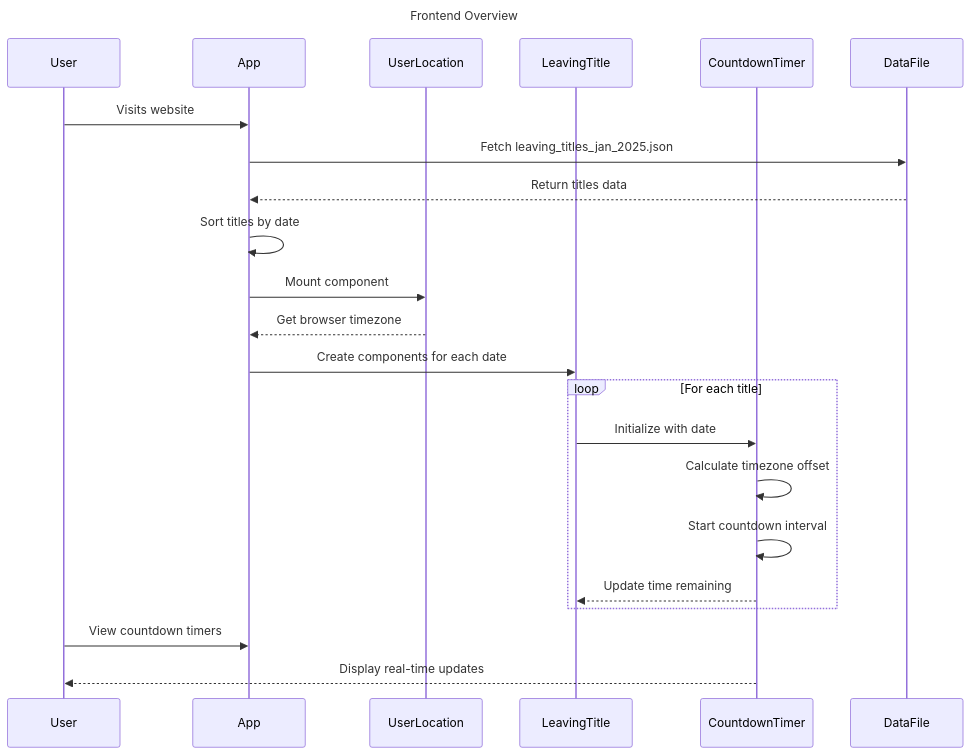
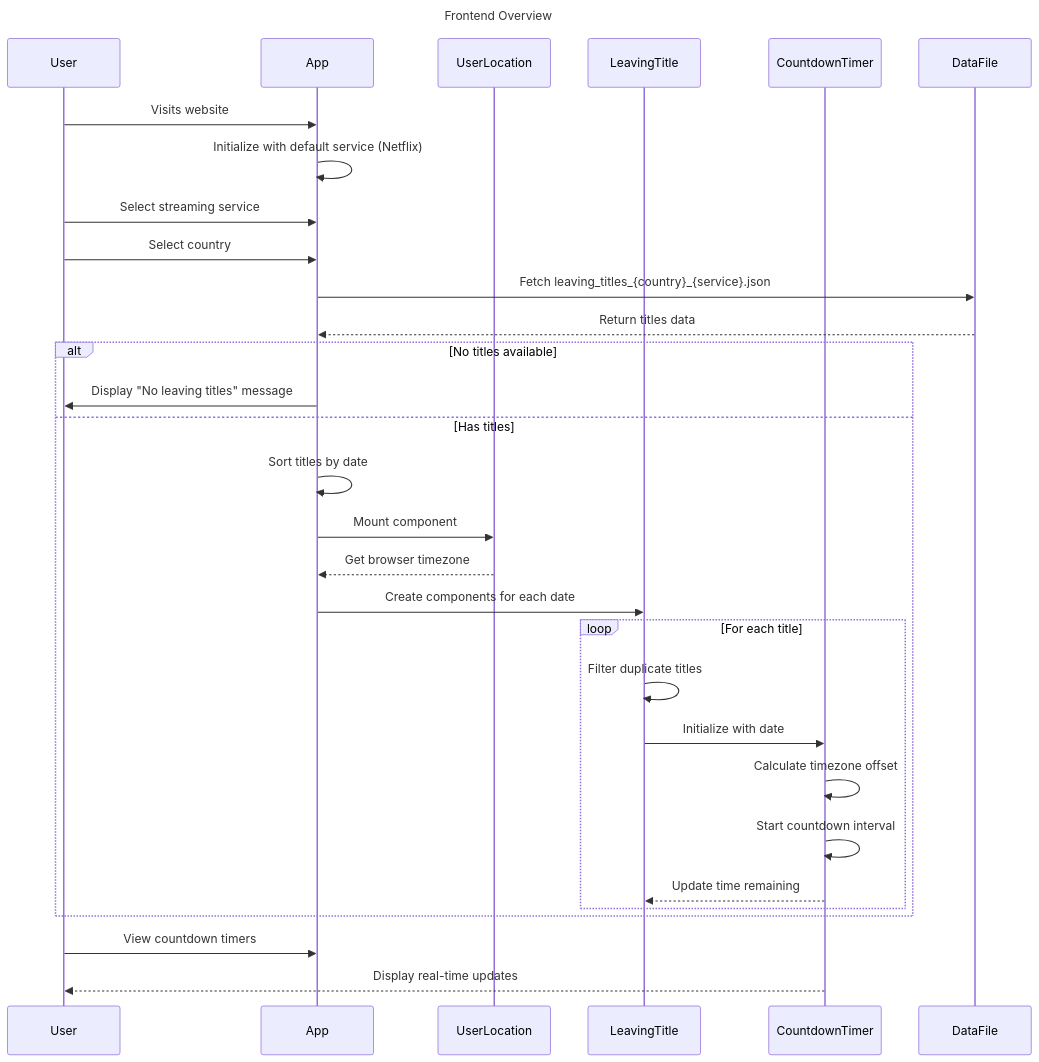
One commit to sakan811/show-leaving-soon-tracker-website changed the diagram in docs/mermaid-charts/frontend-overview.mmd. Above: the diagram before and after it, drawn with Mermaid. The commit also changed 3 other files, not shown here.

```diff
--- a/docs/mermaid-charts/frontend-overview.mmd
+++ b/docs/mermaid-charts/frontend-overview.mmd
@@ -1,32 +1,42 @@
 ---
 title: Frontend Overview
 ---
 sequenceDiagram
     participant User
     participant App
     participant UserLocation
     participant LeavingTitle
     participant CountdownTimer
     participant DataFile
 
     User->>App: Visits website
     
-    App->>DataFile: Fetch leaving_titles_jan_2025.json
+    App->>App: Initialize with default service (Netflix)
+    
+    User->>App: Select streaming service
+    User->>App: Select country
+    
+    App->>DataFile: Fetch leaving_titles_{country}_{service}.json
     DataFile-->>App: Return titles data
     
-    App->>App: Sort titles by date
-    
-    App->>UserLocation: Mount component
-    UserLocation-->>App: Get browser timezone
-    
-    App->>LeavingTitle: Create components for each date
-    
-    loop For each title
-        LeavingTitle->>CountdownTimer: Initialize with date
-        CountdownTimer->>CountdownTimer: Calculate timezone offset
-        CountdownTimer->>CountdownTimer: Start countdown interval
-        CountdownTimer-->>LeavingTitle: Update time remaining
+    alt No titles available
+        App->>User: Display "No leaving titles" message
+    else Has titles
+        App->>App: Sort titles by date
+        
+        App->>UserLocation: Mount component
+        UserLocation-->>App: Get browser timezone
+        
+        App->>LeavingTitle: Create components for each date
+        
+        loop For each title
+            LeavingTitle->>LeavingTitle: Filter duplicate titles
+            LeavingTitle->>CountdownTimer: Initialize with date
+            CountdownTimer->>CountdownTimer: Calculate timezone offset
+            CountdownTimer->>CountdownTimer: Start countdown interval
+            CountdownTimer-->>LeavingTitle: Update time remaining
+        end
     end
     
     User->>App: View countdown timers
     CountdownTimer-->>User: Display real-time updates
```
